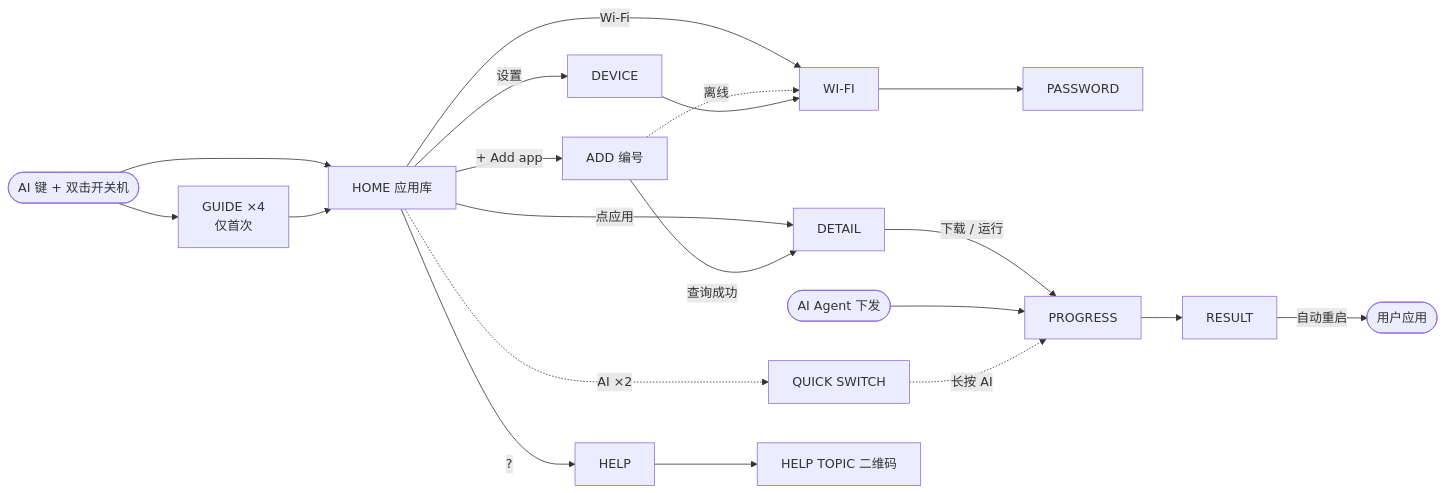
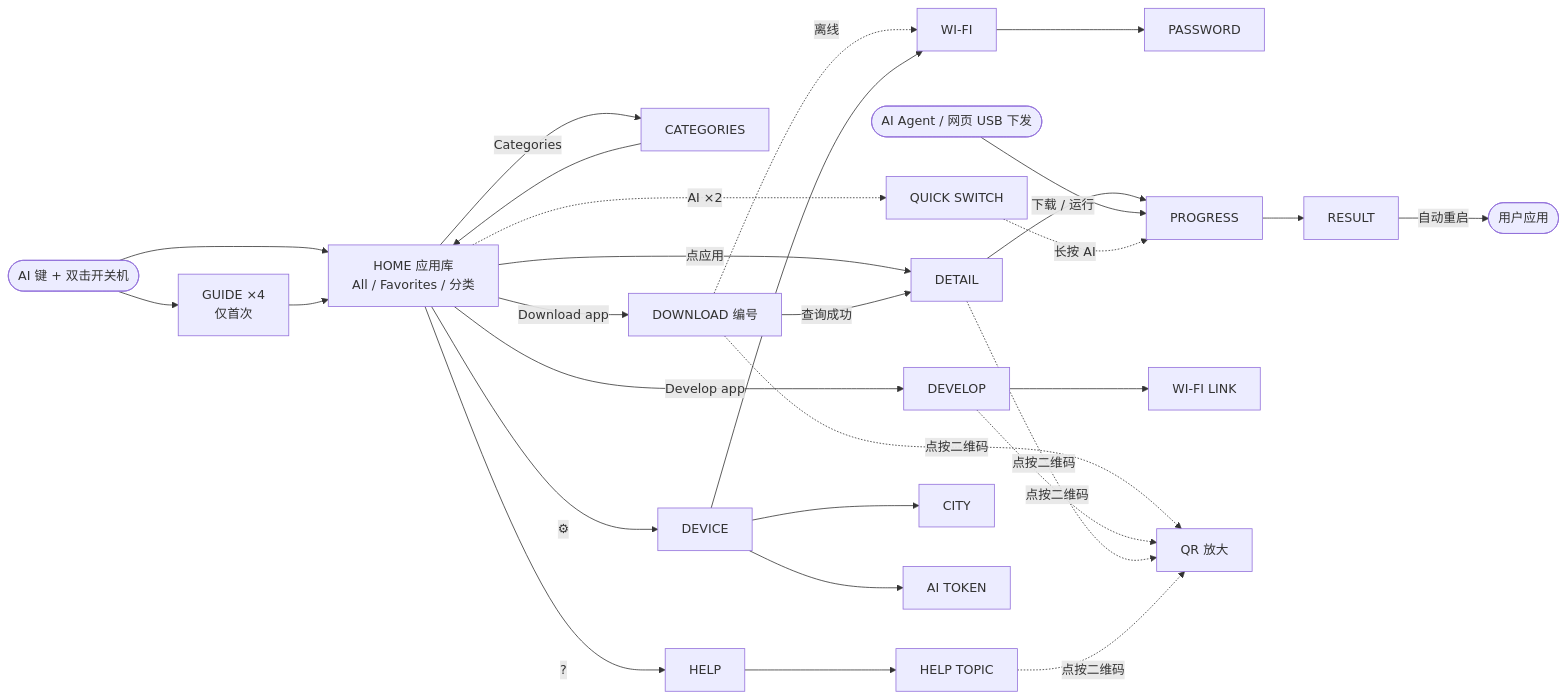
One commit to zhanzhaocheng/esp-mosaico-utils changed the diagram in esp-mosaico-recovery/docs/vibe-mode-0.3-design/README.md. Above: the diagram before and after it, drawn with Mermaid. The commit also changed other lines of this file and 124 other files, not shown here.

````diff
--- a/esp-mosaico-recovery/docs/vibe-mode-0.3-design/README.md
+++ b/esp-mosaico-recovery/docs/vibe-mode-0.3-design/README.md
@@ -75,22 +97,28 @@
 ```mermaid
 flowchart LR
     boot([AI 键 + 双击开关机]) --> guide[GUIDE ×4<br/>仅首次]
     boot --> home
-    guide --> home[HOME 应用库]
-    home -->|+ Add app| add[ADD 编号]
+    guide --> home[HOME 应用库<br/>All / Favorites / 分类]
+    home -->|Categories| cats[CATEGORIES]
+    cats --> home
+    home -->|Download app| dl[DOWNLOAD 编号]
+    home -->|Develop app| dev[DEVELOP]
     home -->|点应用| detail[DETAIL]
-    home -->|Wi-Fi| wifi[WI-FI]
-    home -->|设置| device[DEVICE]
+    home -->|⚙| device[DEVICE]
     home -->|?| help[HELP]
     home -.->|AI ×2| qs[QUICK SWITCH]
-    add -->|查询成功| detail
-    add -.->|离线| wifi
+    dl -->|查询成功| detail
+    dl -.->|离线| wifi[WI-FI]
     wifi --> password[PASSWORD]
     detail -->|下载 / 运行| progress[PROGRESS]
-    agent([AI Agent 下发]) --> progress
+    dev --> link[WI-FI LINK]
+    agent([AI Agent / 网页 USB 下发]) --> progress
     progress --> result[RESULT]
     result -->|自动重启| app([用户应用])
     qs -.->|长按 AI| progress
-    help --> topic[HELP TOPIC 二维码]
+    help --> topic[HELP TOPIC]
     device --> wifi
+    device --> city[CITY]
+    device --> token[AI TOKEN]
+    dl & dev & detail & topic -.->|点按二维码| qr[QR 放大]
 ```
````
